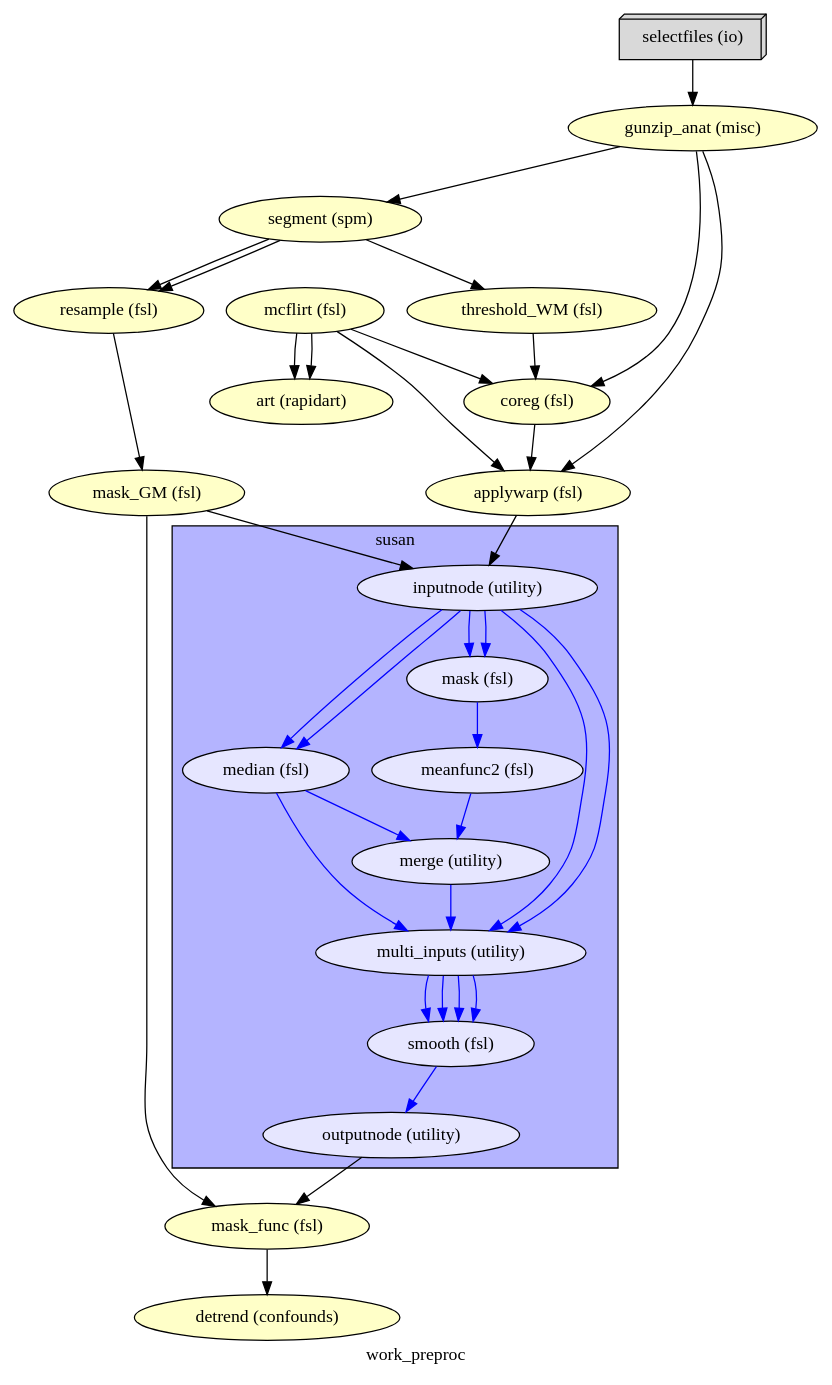
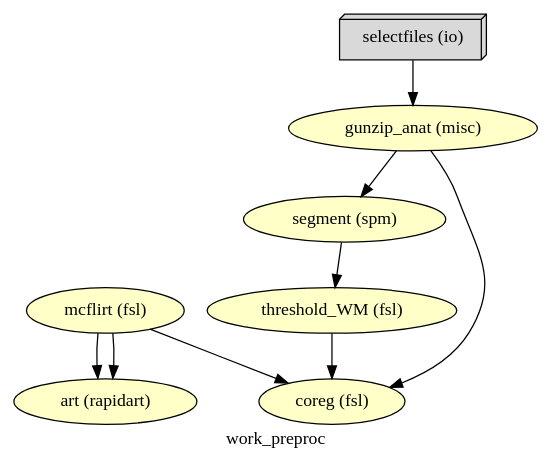
One commit to sustianovich/AntsFsl_MRI changed the diagram in output/work_preproc/graph_colored.dot. Above: the diagram before and after it, drawn with Graphviz. The commit also changed 9 other files, not shown here.

```diff
--- a/output/work_preproc/graph_colored.dot
+++ b/output/work_preproc/graph_colored.dot
@@ -1,64 +1,18 @@
 digraph work_preproc{
   label="work_preproc";
   work_preproc_mcflirt[label="mcflirt (fsl)", style=filled, fillcolor="#FFFFC8"];
   work_preproc_selectfiles[label="selectfiles (io)", shape=box3d,style=filled, color=black, colorscheme=greys7 fillcolor=2];
   work_preproc_art[label="art (rapidart)", style=filled, fillcolor="#FFFFC8"];
   work_preproc_gunzip_anat[label="gunzip_anat (misc)", style=filled, fillcolor="#FFFFC8"];
   work_preproc_segment[label="segment (spm)", style=filled, fillcolor="#FFFFC8"];
   work_preproc_threshold_WM[label="threshold_WM (fsl)", style=filled, fillcolor="#FFFFC8"];
-  work_preproc_resample[label="resample (fsl)", style=filled, fillcolor="#FFFFC8"];
   work_preproc_coreg[label="coreg (fsl)", style=filled, fillcolor="#FFFFC8"];
-  work_preproc_mask_GM[label="mask_GM (fsl)", style=filled, fillcolor="#FFFFC8"];
-  work_preproc_applywarp[label="applywarp (fsl)", style=filled, fillcolor="#FFFFC8"];
-  work_preproc_mask_func[label="mask_func (fsl)", style=filled, fillcolor="#FFFFC8"];
-  work_preproc_detrend[label="detrend (confounds)", style=filled, fillcolor="#FFFFC8"];
   work_preproc_mcflirt -> work_preproc_art;
   work_preproc_mcflirt -> work_preproc_art;
   work_preproc_mcflirt -> work_preproc_coreg;
-  work_preproc_mcflirt -> work_preproc_applywarp;
   work_preproc_selectfiles -> work_preproc_gunzip_anat;
   work_preproc_gunzip_anat -> work_preproc_segment;
   work_preproc_gunzip_anat -> work_preproc_coreg;
-  work_preproc_gunzip_anat -> work_preproc_applywarp;
   work_preproc_segment -> work_preproc_threshold_WM;
-  work_preproc_segment -> work_preproc_resample;
-  work_preproc_segment -> work_preproc_resample;
   work_preproc_threshold_WM -> work_preproc_coreg;
-  work_preproc_resample -> work_preproc_mask_GM;
-  work_preproc_coreg -> work_preproc_applywarp;
-  work_preproc_mask_GM -> work_preproc_mask_func;
-  subgraph cluster_work_preproc_susan {
-      edge [color="#0000FF"];
-      style=filled;
-      fillcolor="#B4B4FF";
-      label="susan";
-    work_preproc_susan_inputnode[label="inputnode (utility)", style=filled, fillcolor="#E6E6FF"];
-    work_preproc_susan_median[label="median (fsl)", style=filled, fillcolor="#E6E6FF"];
-    work_preproc_susan_mask[label="mask (fsl)", style=filled, fillcolor="#E6E6FF"];
-    work_preproc_susan_meanfunc2[label="meanfunc2 (fsl)", style=filled, fillcolor="#E6E6FF"];
-    work_preproc_susan_merge[label="merge (utility)", style=filled, fillcolor="#E6E6FF"];
-    work_preproc_susan_multi_inputs[label="multi_inputs (utility)", style=filled, fillcolor="#E6E6FF"];
-    work_preproc_susan_smooth[label="smooth (fsl)", style=filled, fillcolor="#E6E6FF"];
-    work_preproc_susan_outputnode[label="outputnode (utility)", style=filled, fillcolor="#E6E6FF"];
-    work_preproc_susan_inputnode -> work_preproc_susan_median;
-    work_preproc_susan_inputnode -> work_preproc_susan_median;
-    work_preproc_susan_inputnode -> work_preproc_susan_mask;
-    work_preproc_susan_inputnode -> work_preproc_susan_mask;
-    work_preproc_susan_inputnode -> work_preproc_susan_multi_inputs;
-    work_preproc_susan_inputnode -> work_preproc_susan_multi_inputs;
-    work_preproc_susan_median -> work_preproc_susan_merge;
-    work_preproc_susan_median -> work_preproc_susan_multi_inputs;
-    work_preproc_susan_mask -> work_preproc_susan_meanfunc2;
-    work_preproc_susan_meanfunc2 -> work_preproc_susan_merge;
-    work_preproc_susan_merge -> work_preproc_susan_multi_inputs;
-    work_preproc_susan_multi_inputs -> work_preproc_susan_smooth;
-    work_preproc_susan_multi_inputs -> work_preproc_susan_smooth;
-    work_preproc_susan_multi_inputs -> work_preproc_susan_smooth;
-    work_preproc_susan_multi_inputs -> work_preproc_susan_smooth;
-    work_preproc_susan_smooth -> work_preproc_susan_outputnode;
-  }
-  work_preproc_mask_func -> work_preproc_detrend;
-  work_preproc_applywarp -> work_preproc_susan_inputnode;
-  work_preproc_susan_outputnode -> work_preproc_mask_func;
-  work_preproc_mask_GM -> work_preproc_susan_inputnode;
 }
```
